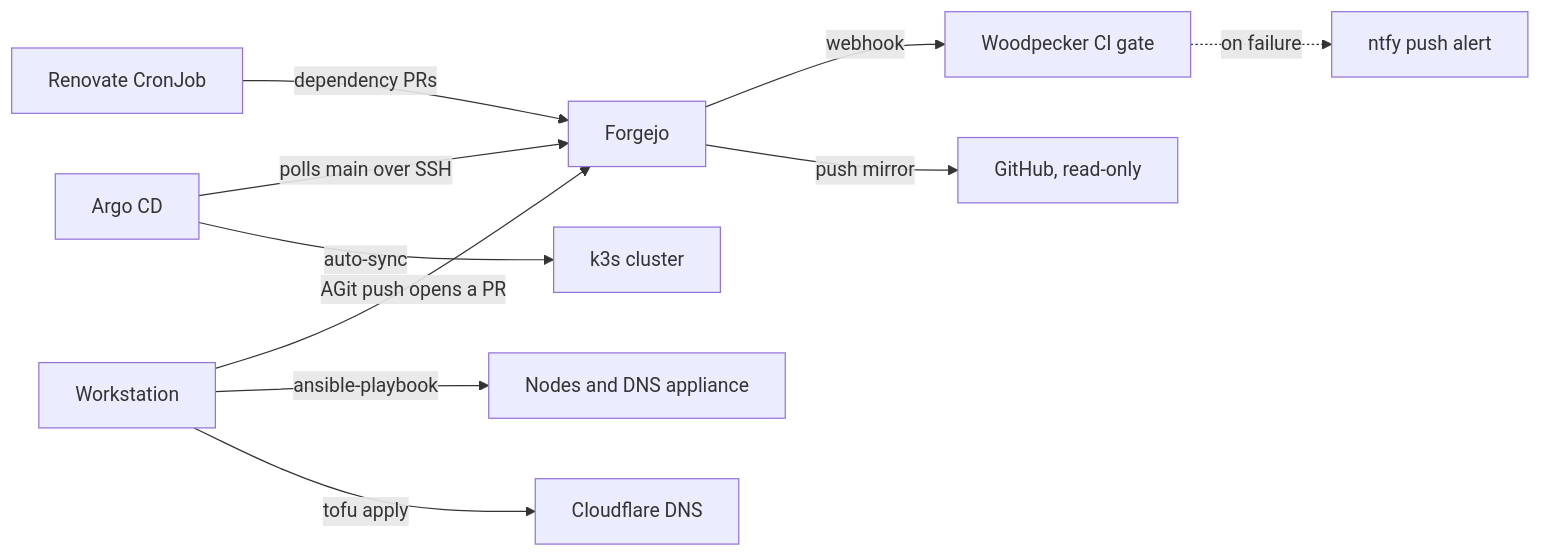
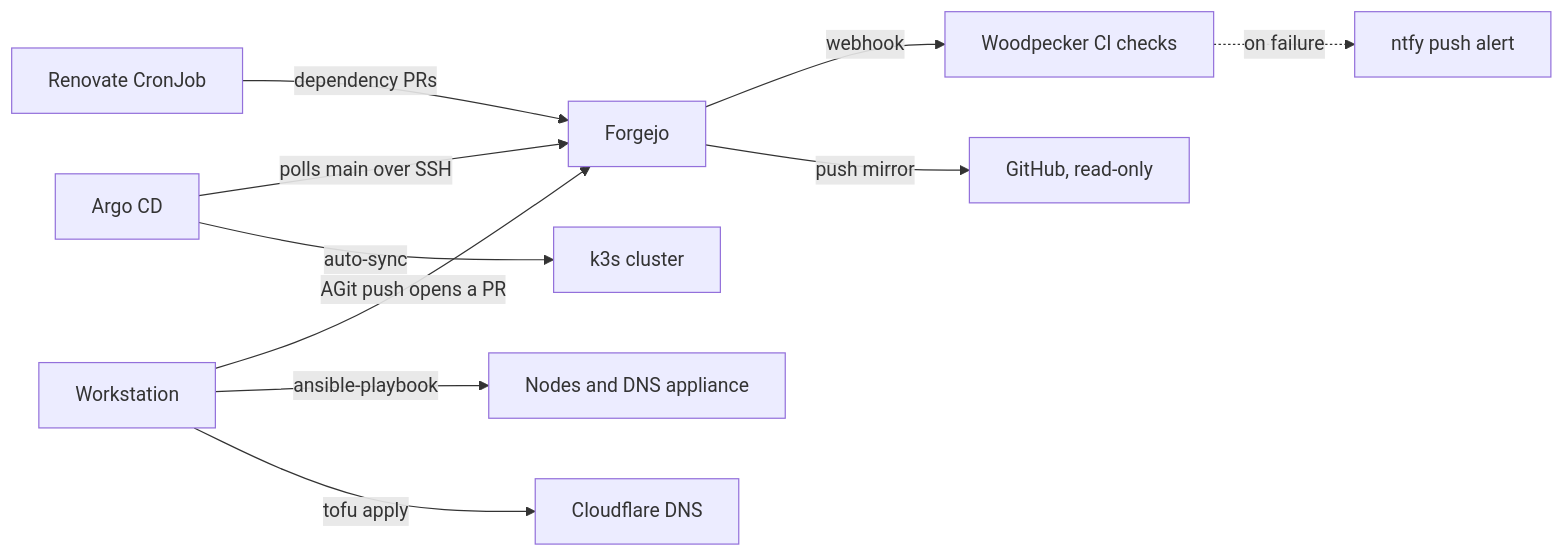
Before and after one commit to alivenda/homelab-docs: the diagram in README.md, drawn with Mermaid. The commit also changed other lines of this file, not shown here.

````diff
--- a/README.md
+++ b/README.md
@@ -32,12 +32,12 @@
 ```mermaid
 flowchart LR
     ws["Workstation"] -->|"AGit push opens a PR"| fj["Forgejo"]
     rn["Renovate CronJob"] -->|"dependency PRs"| fj
-    fj -->|"webhook"| wp["Woodpecker CI gate"]
+    fj -->|"webhook"| wp["Woodpecker CI checks"]
     wp -.->|"on failure"| nt["ntfy push alert"]
     fj -->|"push mirror"| gh["GitHub, read-only"]
     ac["Argo CD"] -->|"polls main over SSH"| fj
     ac -->|"auto-sync"| k3s["k3s cluster"]
     ws -->|"ansible-playbook"| nodes["Nodes and DNS appliance"]
     ws -->|"tofu apply"| cf["Cloudflare DNS"]
 ```
````
